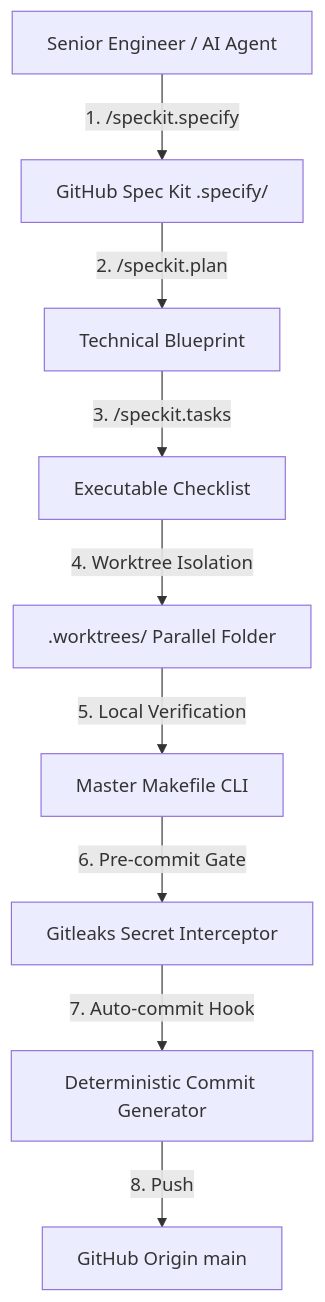
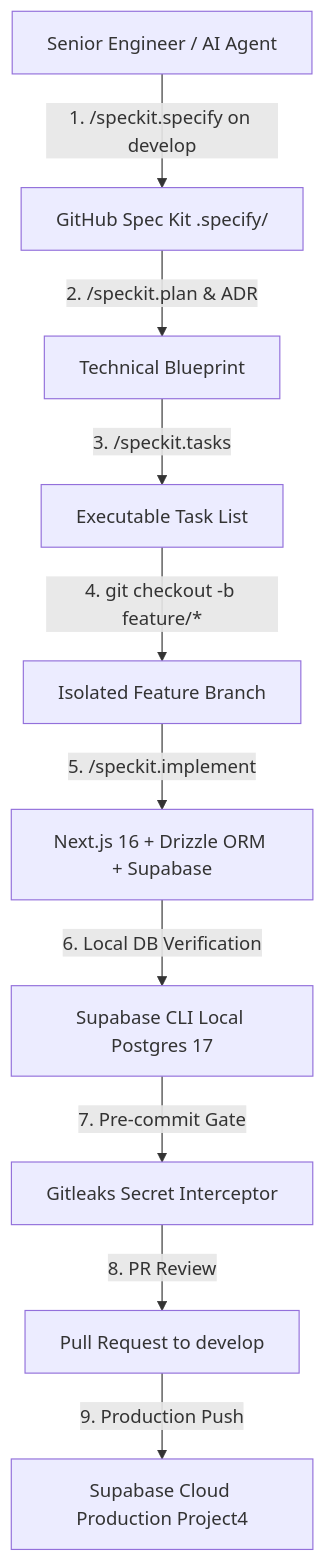
The diagram in README.md (TiMO-ViP/Project4), drawn with Mermaid before and after one commit. The commit also changed other lines of this file, not shown here.

First line of the commit message:
docs(readme): update README.md with Next.js 16, Supabase Local/Cloud, Drizzle ORM, Clean Architecture, and Git Branching Strategy

````diff
--- a/README.md
+++ b/README.md
@@ -27,11 +28,12 @@
 ```mermaid
 graph TD
-  User[Senior Engineer / AI Agent] -->|1. /speckit.specify| SpecKit[GitHub Spec Kit .specify/]
-  SpecKit -->|2. /speckit.plan| Plan[Technical Blueprint]
-  Plan -->|3. /speckit.tasks| Tasks[Executable Checklist]
-  Tasks -->|4. Worktree Isolation| Worktree[.worktrees/ Parallel Folder]
-  Worktree -->|5. Local Verification| Makefile[Master Makefile CLI]
-  Makefile -->|6. Pre-commit Gate| Security[Gitleaks Secret Interceptor]
-  Security -->|7. Auto-commit Hook| Commit[Deterministic Commit Generator]
-  Commit -->|8. Push| GitHub[GitHub Origin main]
+  User[Senior Engineer / AI Agent] -->|1. /speckit.specify on develop| SpecKit[GitHub Spec Kit .specify/]
+  SpecKit -->|2. /speckit.plan & ADR| Plan[Technical Blueprint]
+  Plan -->|3. /speckit.tasks| Tasks[Executable Task List]
+  Tasks -->|4. git checkout -b feature/*| FeatureBranch[Isolated Feature Branch]
+  FeatureBranch -->|5. /speckit.implement| App[Next.js 16 + Drizzle ORM + Supabase]
+  App -->|6. Local DB Verification| LocalDB[Supabase CLI Local Postgres 17]
+  LocalDB -->|7. Pre-commit Gate| Security[Gitleaks Secret Interceptor]
+  Security -->|8. PR Review| PR[Pull Request to develop]
+  PR -->|9. Production Push| CloudDB[Supabase Cloud Production Project4]
 ```
````
